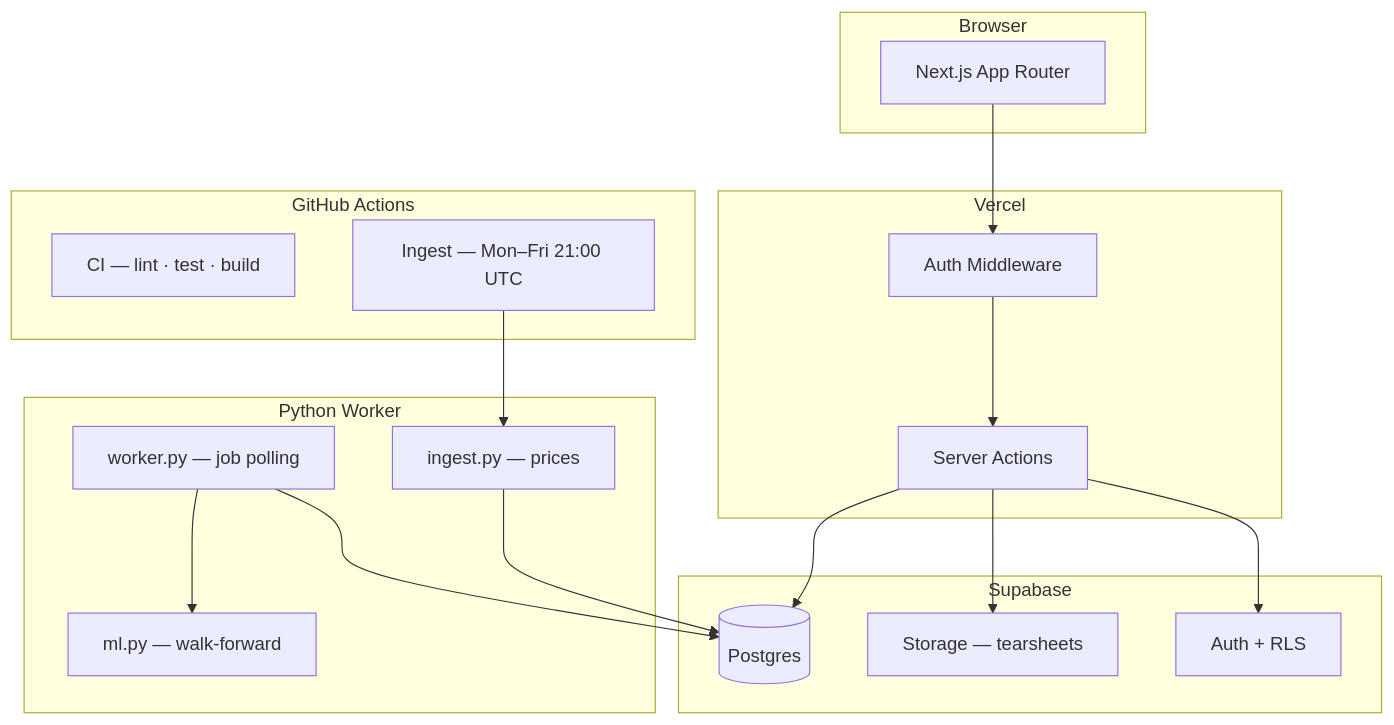
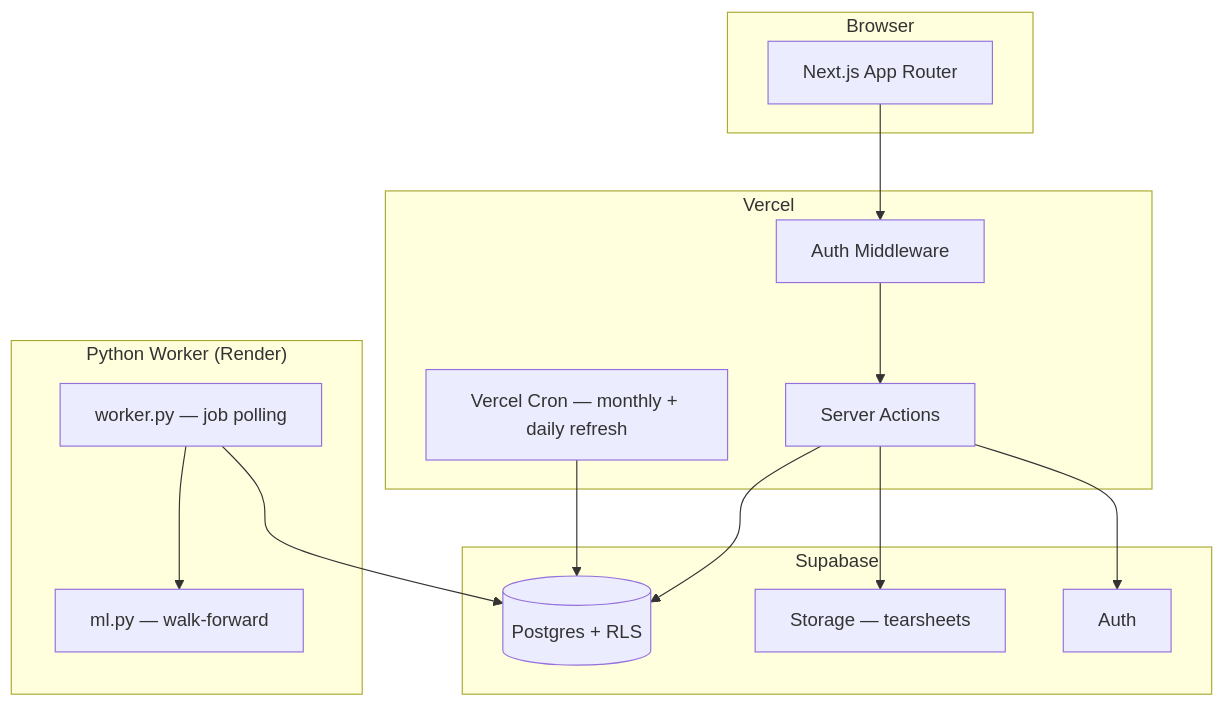
Before and after one commit to hasanalisheikh/factor-lab: the diagram in README.md, drawn with Mermaid. The commit also changed other lines of this file and 91 other files, not shown here.

Commit message:
finalize: docs refresh, isolation RLS, run delete, ML/data improvements

````diff
--- a/README.md
+++ b/README.md
@@ -19,31 +55,27 @@
 ```mermaid
 graph TB
   subgraph Browser
     UI[Next.js App Router]
   end
   subgraph Vercel
     SA[Server Actions]
     MW[Auth Middleware]
+    CR[Vercel Cron — monthly + daily refresh]
   end
   subgraph Supabase
-    DB[(Postgres)]
+    DB[(Postgres + RLS)]
     ST[Storage — tearsheets]
-    AU[Auth + RLS]
+    AU[Auth]
   end
-  subgraph "Python Worker"
+  subgraph "Python Worker (Render)"
     WK[worker.py — job polling]
     ML[ml.py — walk-forward]
-    IN[ingest.py — prices]
-  end
-  subgraph "GitHub Actions"
-    CI[CI — lint · test · build]
-    IG[Ingest — Mon–Fri 21:00 UTC]
   end
   UI --> MW --> SA
   SA --> DB
   SA --> ST
   SA --> AU
   WK --> DB
   WK --> ML
-  IG --> IN --> DB
+  CR --> DB
 ```
````
